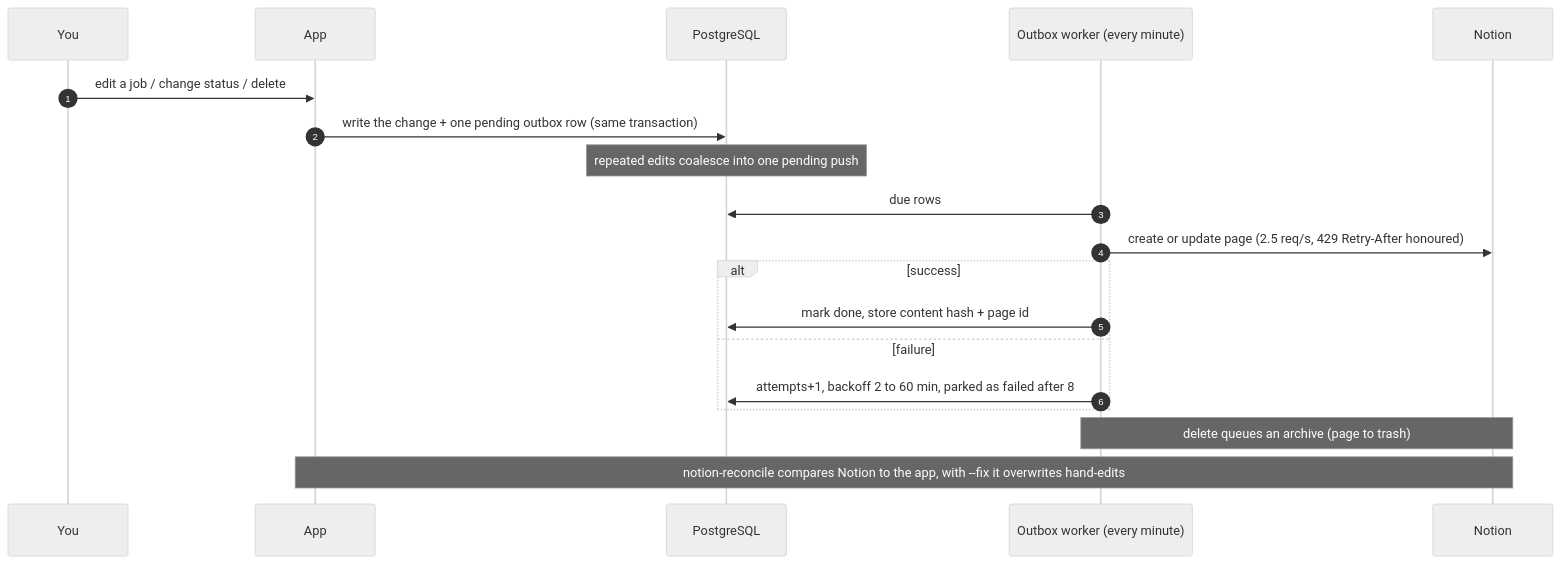
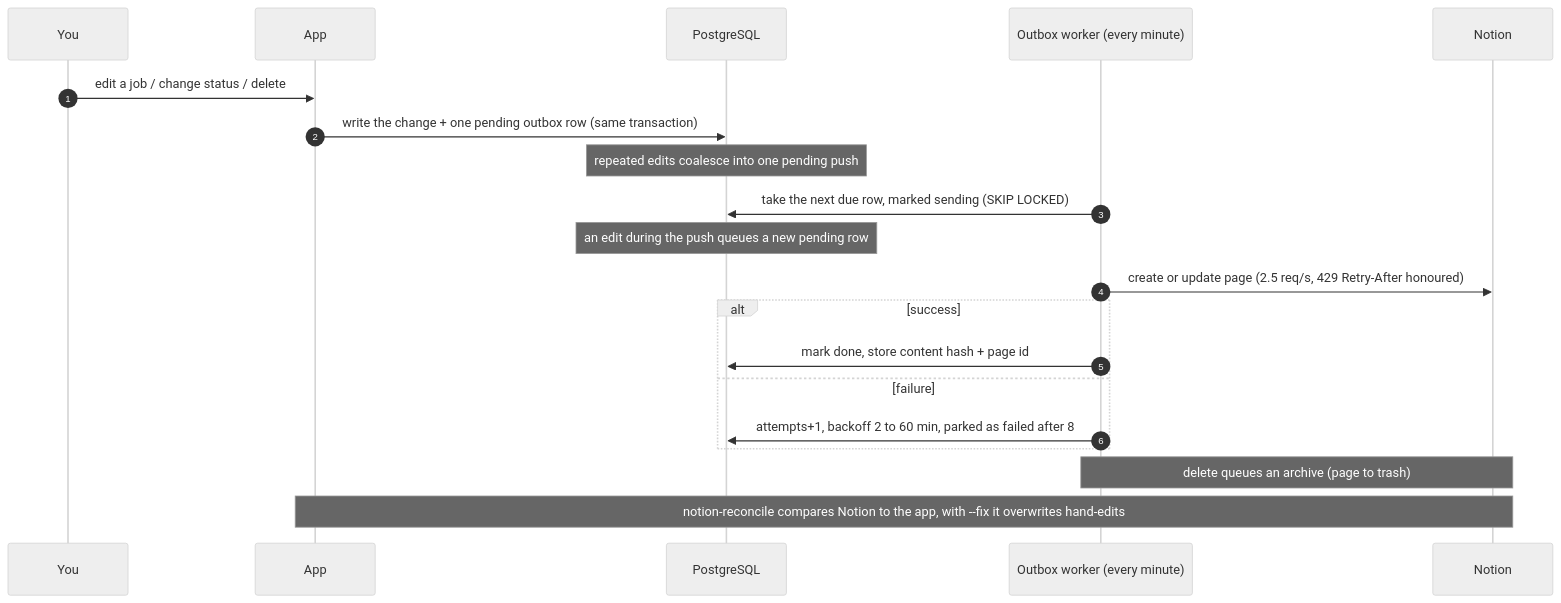
The fifth of 6 diagrams in docs/architecture.md (san70sh/job-tracker), drawn with Mermaid (neutral theme) before and after one commit. The commit also changed 6 other files, not shown here.

First line of the commit message:
Push Notion edits made while their row is being sent

````diff
--- a/docs/architecture.md
+++ b/docs/architecture.md
@@ -173,22 +173,23 @@
 ```mermaid
 sequenceDiagram
   autonumber
   participant U as You
   participant API as App
   participant DB as PostgreSQL
   participant W as Outbox worker (every minute)
   participant N as Notion
 
   U->>API: edit a job / change status / delete
   API->>DB: write the change + one pending outbox row (same transaction)
   Note over DB: repeated edits coalesce into one pending push
-  W->>DB: due rows
+  W->>DB: take the next due row, marked sending (SKIP LOCKED)
+  Note over DB: an edit during the push queues a new pending row
   W->>N: create or update page (2.5 req/s, 429 Retry-After honoured)
   alt success
     W->>DB: mark done, store content hash + page id
   else failure
     W->>DB: attempts+1, backoff 2 to 60 min, parked as failed after 8
   end
   Note over W,N: delete queues an archive (page to trash)
   Note over API,N: notion-reconcile compares Notion to the app, with --fix it overwrites hand-edits
 ```
````
